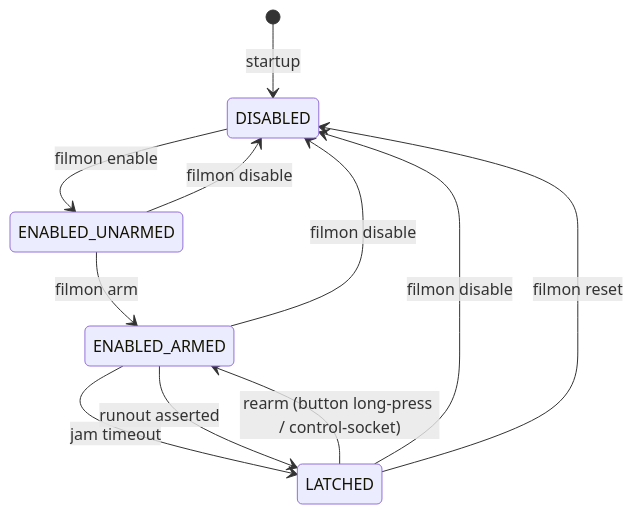
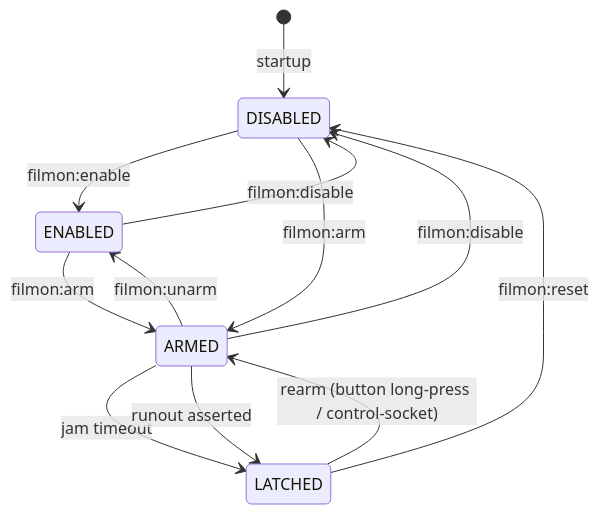
One commit to hyiger/filament-monitor changed the first of 2 diagrams in docs/USAGE.md. Above: the diagram before and after it, drawn with Mermaid. The commit also changed other lines of this file and 10 other files, not shown here.

First line of the commit message:
Simplify state machine: replace enabled+armed booleans with MonitorMode enum (#16)

````diff
--- a/docs/USAGE.md
+++ b/docs/USAGE.md
@@ -143,17 +143,18 @@
 ```mermaid
 stateDiagram-v2
   [*] --> DISABLED: startup
 
-  DISABLED --> ENABLED_UNARMED: filmon enable
-  ENABLED_UNARMED --> DISABLED: filmon disable
-  ENABLED_ARMED --> DISABLED: filmon disable
-  LATCHED --> DISABLED: filmon disable
+  DISABLED --> ENABLED: filmon:enable
+  DISABLED --> ARMED: filmon:arm
+  ENABLED --> DISABLED: filmon:disable
+  ARMED --> DISABLED: filmon:disable
 
-  ENABLED_UNARMED --> ENABLED_ARMED: filmon arm
+  ENABLED --> ARMED: filmon:arm
+  ARMED --> ENABLED: filmon:unarm
 
-  ENABLED_ARMED --> LATCHED: jam timeout
-  ENABLED_ARMED --> LATCHED: runout asserted
+  ARMED --> LATCHED: jam timeout
+  ARMED --> LATCHED: runout asserted
 
-  LATCHED --> DISABLED: filmon reset
-  LATCHED --> ENABLED_ARMED: rearm (button long-press / control-socket)
+  LATCHED --> DISABLED: filmon:reset
+  LATCHED --> ARMED: rearm (button long-press / control-socket)
 ```
````
